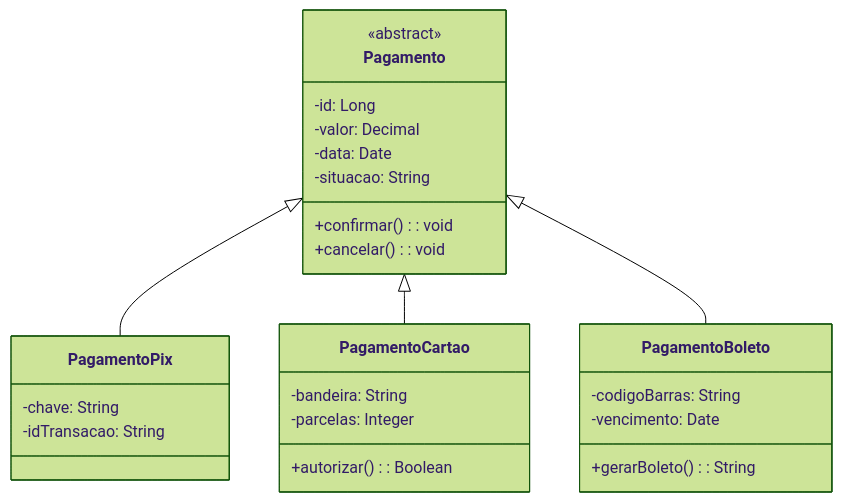
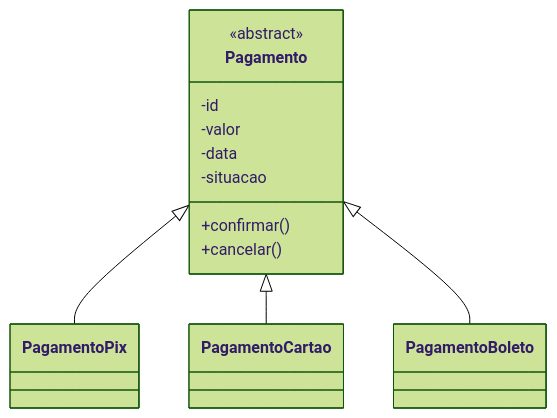
The fourth of 13 diagrams in 2_ano/4_semestre/AnaliseProjetoSoftware/ListaExercícios/Lista_6.md (PedroWatermann/UEM_Eng_Soft), drawn with Mermaid (forest theme) before and after one commit. The commit also changed other lines of this file and 1 other file, not shown here.

````diff
--- a/2_ano/4_semestre/AnaliseProjetoSoftware/ListaExercícios/Lista_6.md
+++ b/2_ano/4_semestre/AnaliseProjetoSoftware/ListaExercícios/Lista_6.md
@@ -165,29 +67,15 @@
 ```mermaid
 classDiagram
     class Pagamento {
         <<abstract>>
-        -id: Long
-        -valor: Decimal
-        -data: Date
-        -situacao: String
-        +confirmar(): void
-        +cancelar(): void
-    }
-    class PagamentoPix {
-        -chave: String
-        -idTransacao: String
-    }
-    class PagamentoCartao {
-        -bandeira: String
-        -parcelas: Integer
-        +autorizar(): Boolean
-    }
-    class PagamentoBoleto {
-        -codigoBarras: String
-        -vencimento: Date
-        +gerarBoleto(): String
+        -id
+        -valor
+        -data
+        -situacao
+        +confirmar()
+        +cancelar()
     }
     Pagamento <|-- PagamentoPix
     Pagamento <|-- PagamentoCartao
     Pagamento <|-- PagamentoBoleto
 ```
````
